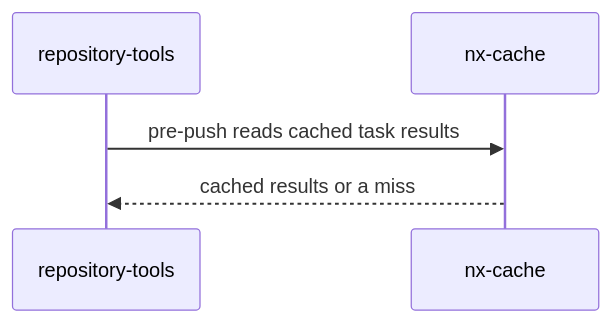
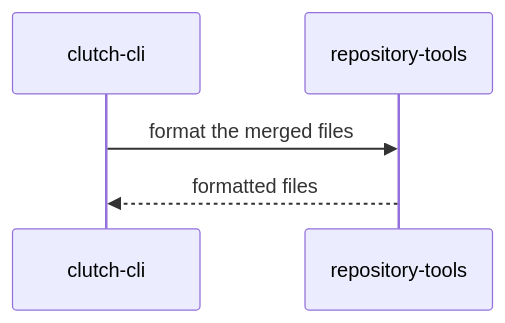
The diagram in .agents/skills/pr-recap/references/block-format.md (eggdev/clutch), drawn with Mermaid before and after one commit. The commit also changed other lines of this file and 22 other files, not shown here.

````diff
--- a/.agents/skills/pr-recap/references/block-format.md
+++ b/.agents/skills/pr-recap/references/block-format.md
@@ -47,7 +47,7 @@
 ```mermaid
 sequenceDiagram
+	participant cli as clutch-cli
 	participant tools as repository-tools
-	participant cache as nx-cache
-	tools->>cache: pre-push reads cached task results
-	cache-->>tools: cached results or a miss
+	cli->>tools: format the merged files
+	tools-->>cli: formatted files
 ```
````
